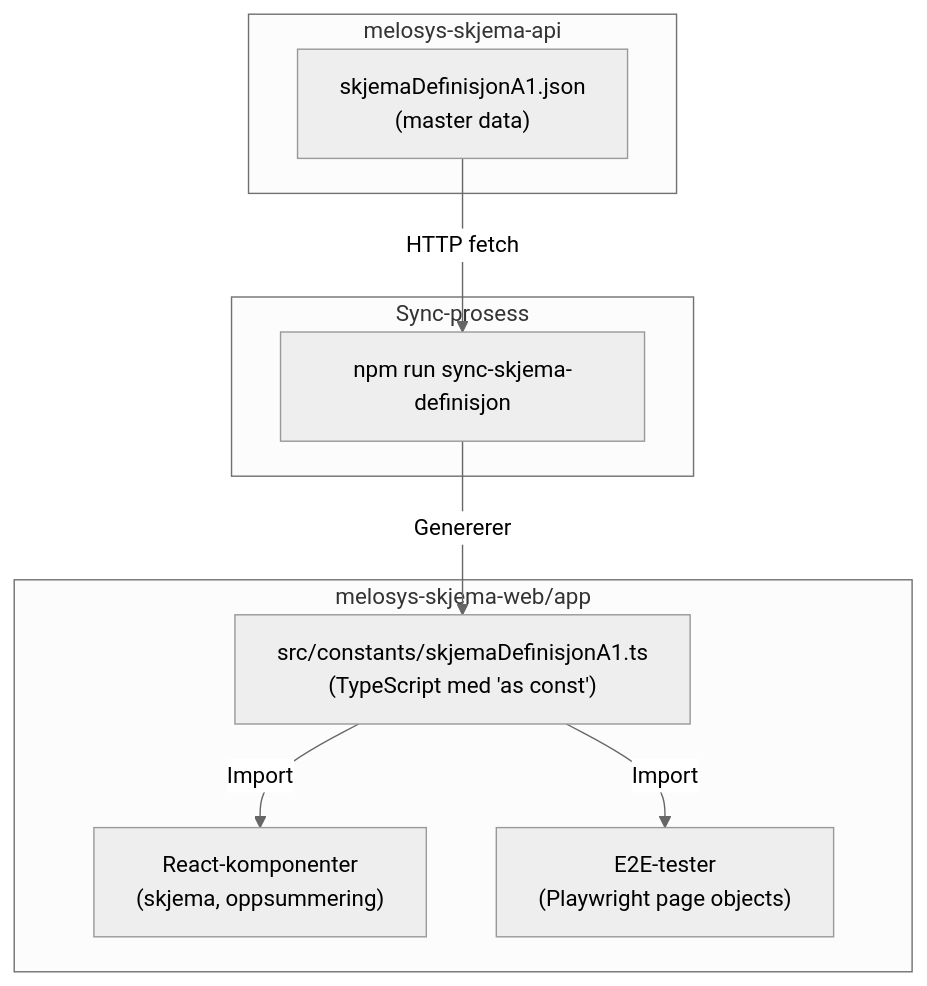
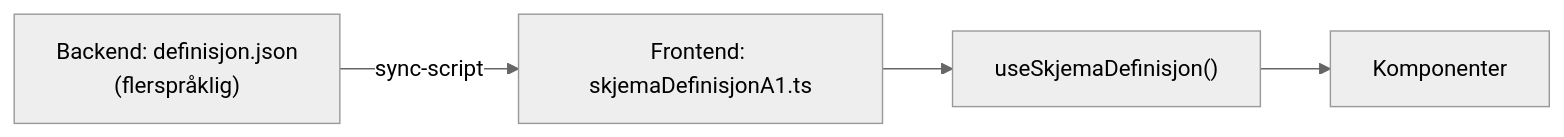
One commit to navikt/melosys-skjema-web changed the diagram in README.md. Above: the diagram before and after it, drawn with Mermaid (neutral theme). The commit also changed other lines of this file, not shown here.

````diff
--- a/README.md
+++ b/README.md
@@ -215,21 +194,6 @@
 ```mermaid
-flowchart TB
-    subgraph Backend["melosys-skjema-api"]
-        JSON["skjemaDefinisjonA1.json<br/>(master data)"]
-    end
-
-    subgraph Sync["Sync-prosess"]
-        Script["npm run sync-skjema-definisjon"]
-    end
-
-    subgraph Frontend["melosys-skjema-web/app"]
-        TS["src/constants/skjemaDefinisjonA1.ts<br/>(TypeScript med 'as const')"]
-        Components["React-komponenter<br/>(skjema, oppsummering)"]
-        E2E["E2E-tester<br/>(Playwright page objects)"]
-    end
-
-    JSON -->|HTTP fetch| Script
-    Script -->|Genererer| TS
-    TS -->|Import| Components
-    TS -->|Import| E2E
+flowchart LR
+    JSON["Backend: definisjon.json<br/>(flerspråklig)"] -->|sync-script| TS["Frontend: skjemaDefinisjonA1.ts"]
+    TS --> Hook["useSkjemaDefinisjon()"]
+    Hook --> Components["Komponenter"]
 ```
````
